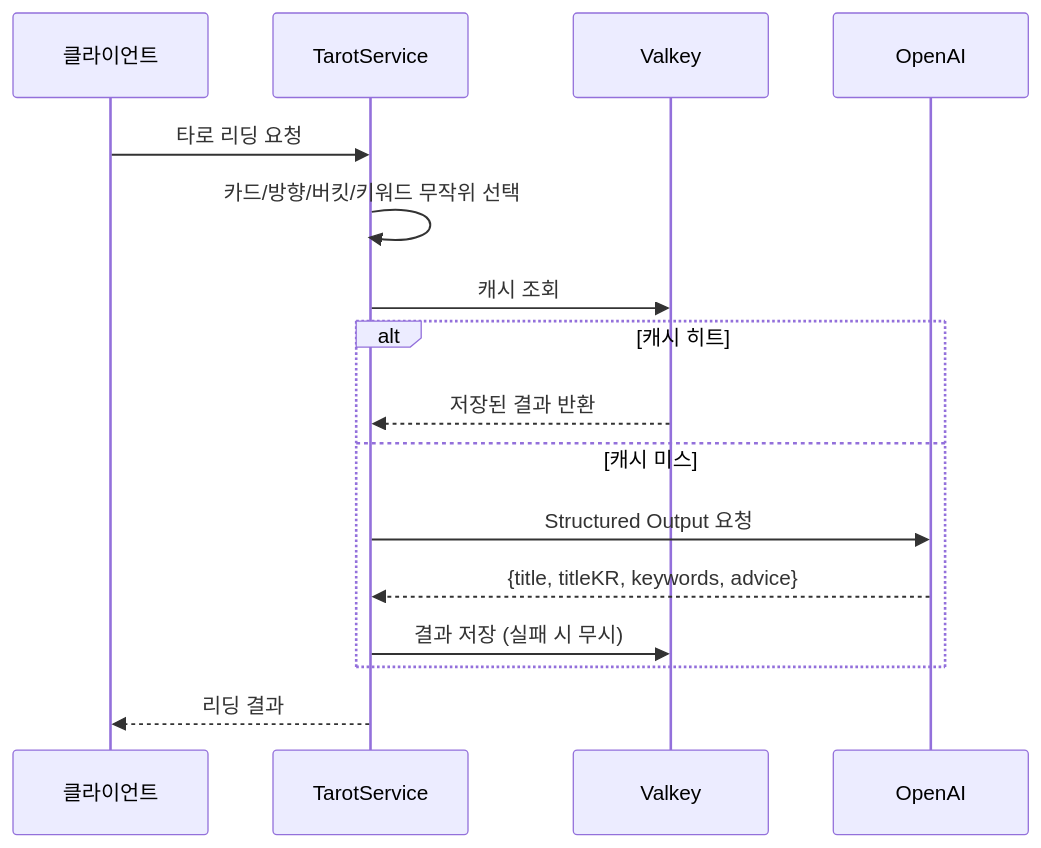
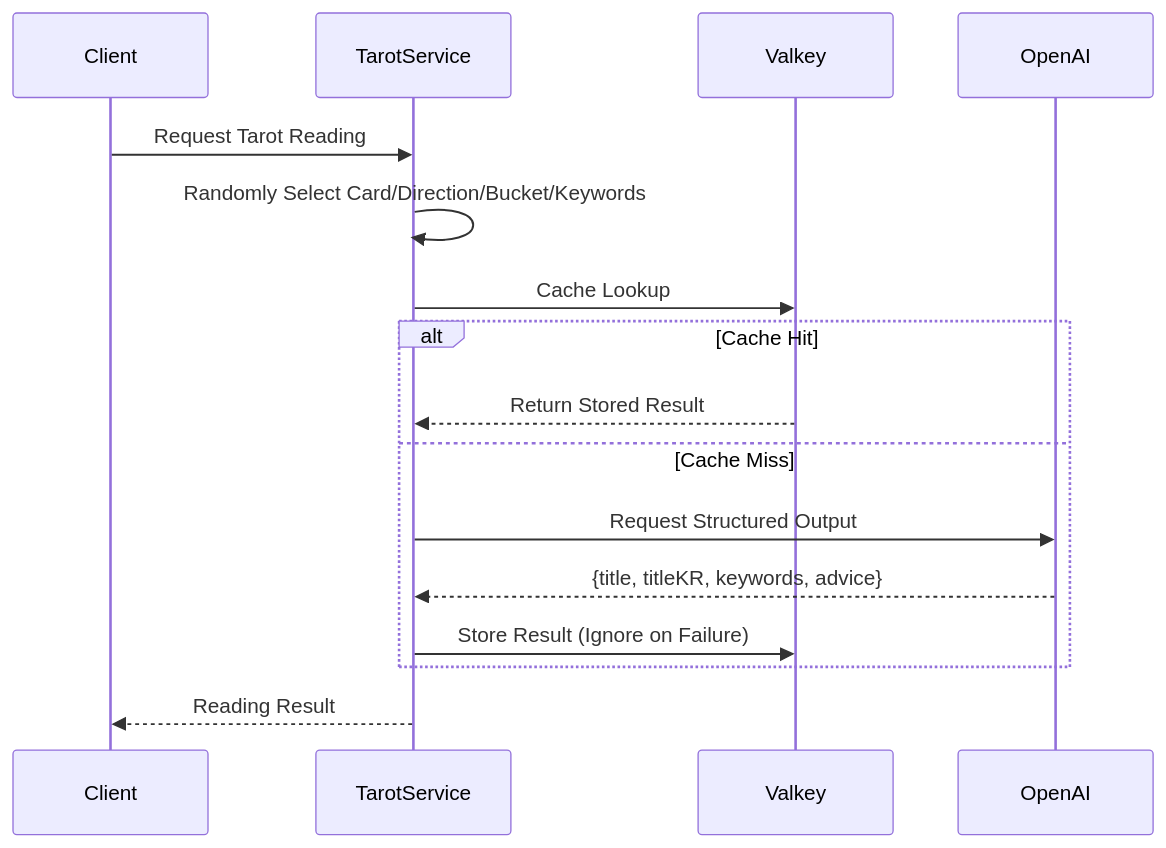
One commit to mandacode-labs/mandacode-devs changed the second of 2 diagrams in src/content/blog/en/tarot-deep-dive.md. Above: the diagram before and after it, drawn with Mermaid. The commit also changed other lines of this file and 12 other files, not shown here.

````diff
--- a/src/content/blog/en/tarot-deep-dive.md
+++ b/src/content/blog/en/tarot-deep-dive.md
@@ -93,21 +65,21 @@
 ```mermaid
 sequenceDiagram
-    participant Client as 클라이언트
+    participant Client as Client
     participant Service as TarotService
     participant Cache as Valkey
     participant AI as OpenAI
 
-    Client->>Service: 타로 리딩 요청
-    Service->>Service: 카드/방향/버킷/키워드 무작위 선택
-    Service->>Cache: 캐시 조회
+    Client->>Service: Request Tarot Reading
+    Service->>Service: Randomly Select Card/Direction/Bucket/Keywords
+    Service->>Cache: Cache Lookup
 
-    alt 캐시 히트
-        Cache-->>Service: 저장된 결과 반환
-    else 캐시 미스
-        Service->>AI: Structured Output 요청
+    alt Cache Hit
+        Cache-->>Service: Return Stored Result
+    else Cache Miss
+        Service->>AI: Request Structured Output
         AI-->>Service: {title, titleKR, keywords, advice}
-        Service->>Cache: 결과 저장 (실패 시 무시)
+        Service->>Cache: Store Result (Ignore on Failure)
     end
 
-    Service-->>Client: 리딩 결과
+    Service-->>Client: Reading Result
 ```
````
